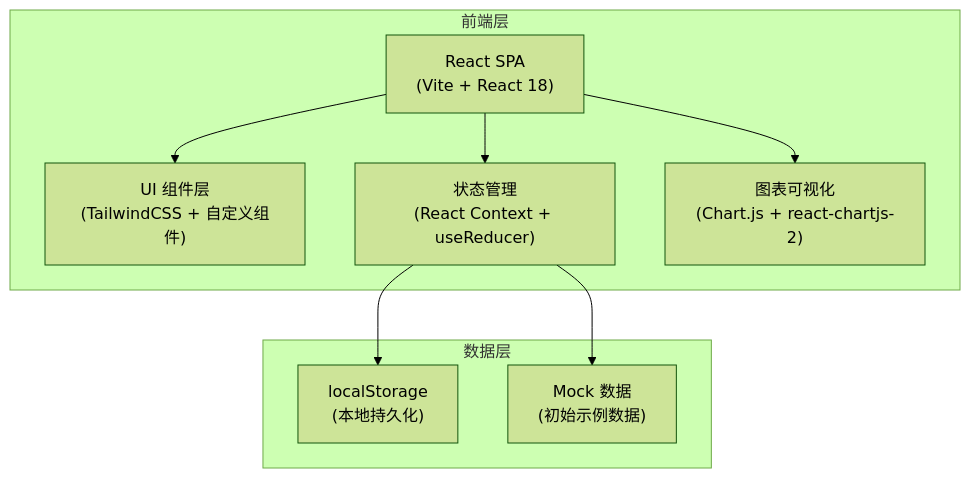
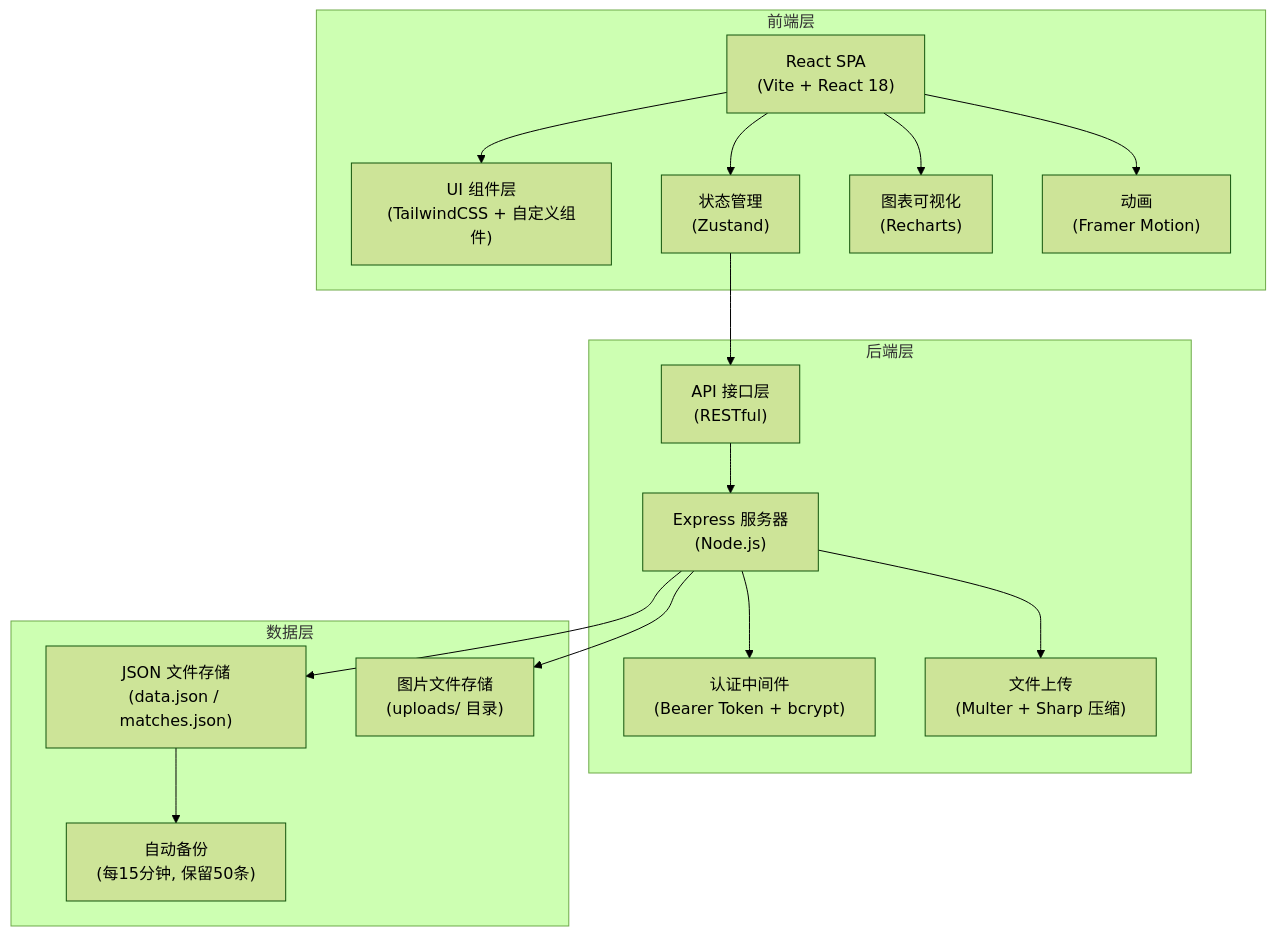
One commit to x1ngodlike/ranking-website changed the first of 2 diagrams in .trae/documents/技术架构-世界杯体彩收支统计排行榜.md. Above: the diagram before and after it, drawn with Mermaid (forest theme). The commit also changed other lines of this file and 5 other files, not shown here.

````diff
--- a/.trae/documents/技术架构-世界杯体彩收支统计排行榜.md
+++ b/.trae/documents/技术架构-世界杯体彩收支统计排行榜.md
@@ -5,18 +5,32 @@
 ```mermaid
 graph TD
     subgraph "前端层"
         A["React SPA<br/>(Vite + React 18)"]
         B["UI 组件层<br/>(TailwindCSS + 自定义组件)"]
-        C["状态管理<br/>(React Context + useReducer)"]
-        D["图表可视化<br/>(Chart.js + react-chartjs-2)"]
+        C["状态管理<br/>(Zustand)"]
+        D["图表可视化<br/>(Recharts)"]
+        E["动画<br/>(Framer Motion)"]
+    end
+    subgraph "后端层"
+        F["Express 服务器<br/>(Node.js)"]
+        G["API 接口层<br/>(RESTful)"]
+        H["认证中间件<br/>(Bearer Token + bcrypt)"]
+        I["文件上传<br/>(Multer + Sharp 压缩)"]
     end
     subgraph "数据层"
-        E["localStorage<br/>(本地持久化)"]
-        F["Mock 数据<br/>(初始示例数据)"]
+        J["JSON 文件存储<br/>(data.json / matches.json)"]
+        K["图片文件存储<br/>(uploads/ 目录)"]
+        L["自动备份<br/>(每15分钟, 保留50条)"]
     end
     A --> B
     A --> C
     A --> D
-    C --> E
-    C --> F
+    A --> E
+    C --> G
+    G --> F
+    F --> H
+    F --> I
+    F --> J
+    F --> K
+    J --> L
 ```
````
